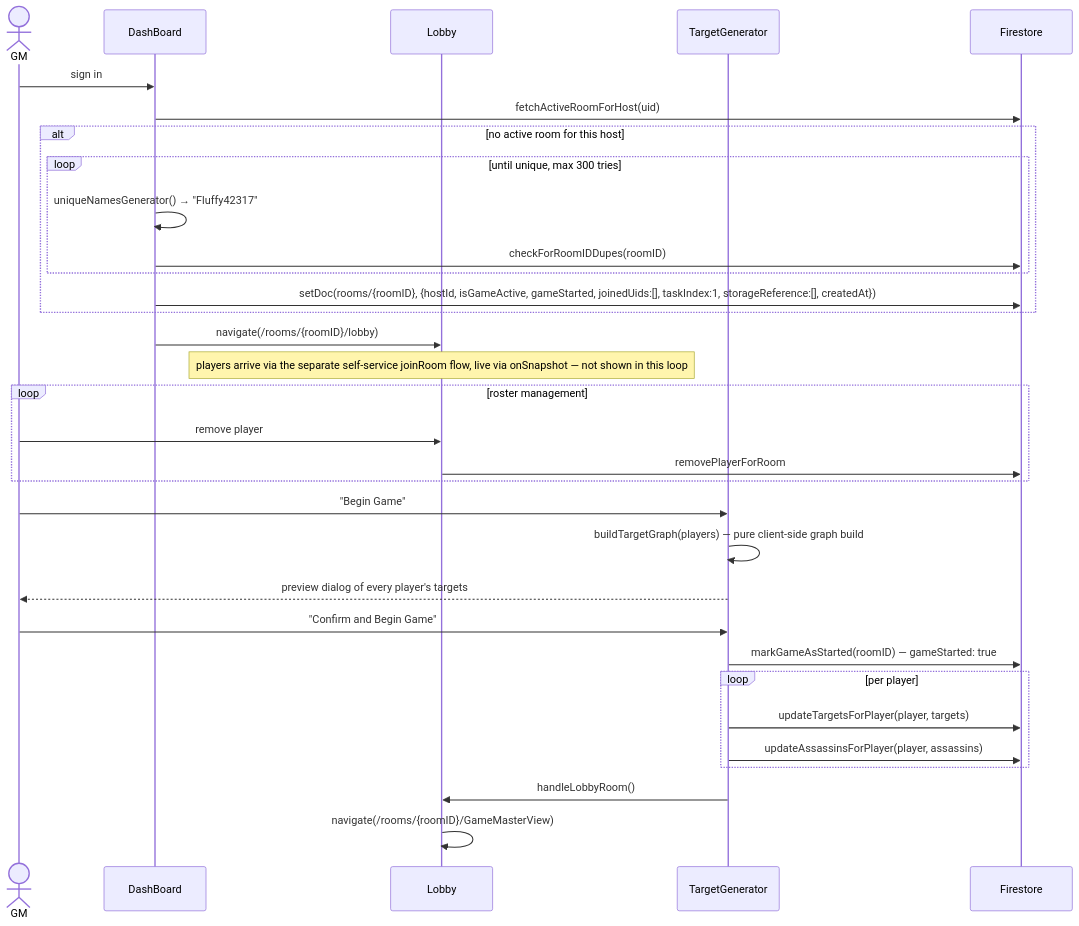
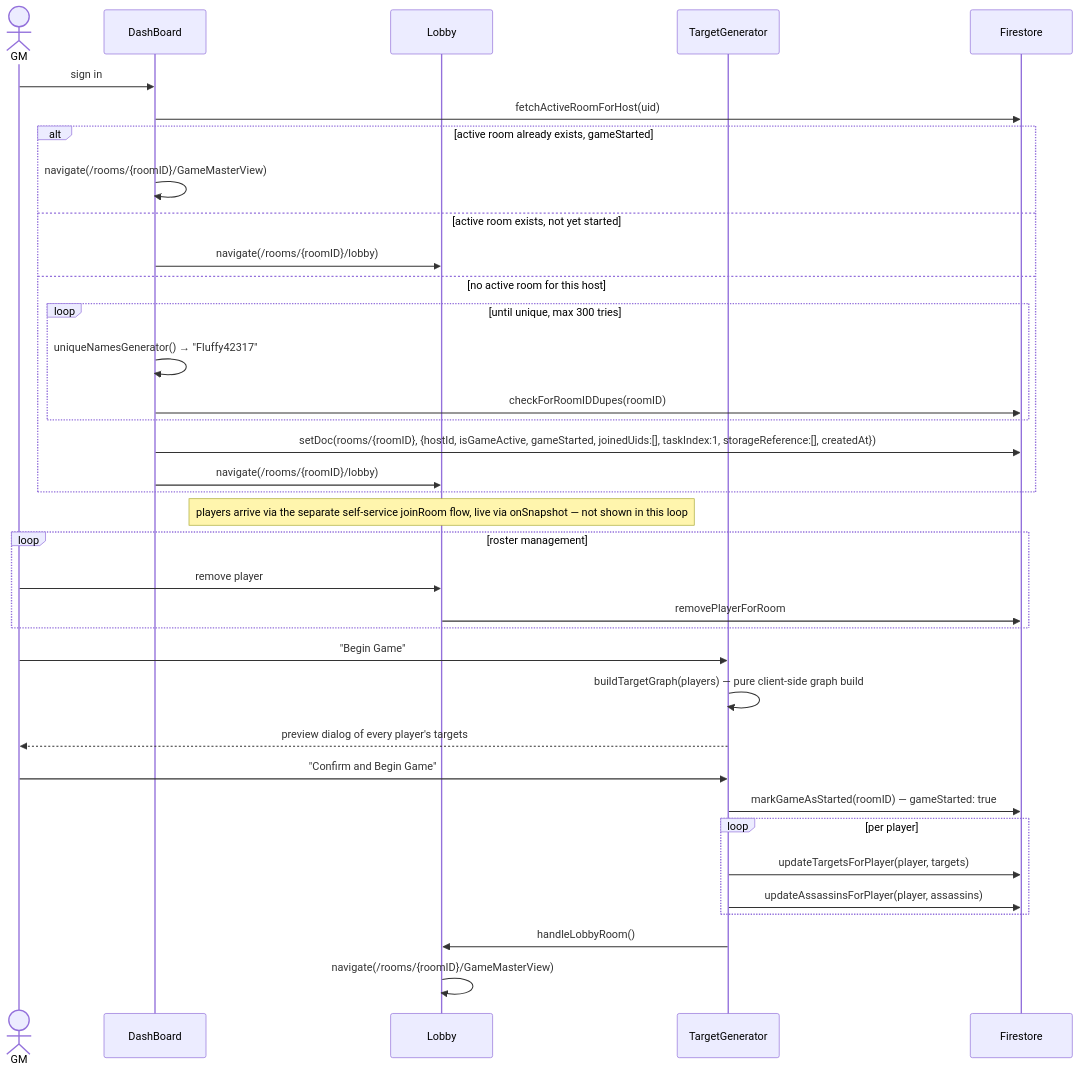
The first of 4 diagrams in docs/game-flows.md (allenthebosscoder/mall-mystery-heroes), drawn with Mermaid before and after one commit. The commit also changed other lines of this file and 3 other files, not shown here.

````diff
--- a/docs/game-flows.md
+++ b/docs/game-flows.md
@@ -11,37 +11,41 @@
 ```mermaid
 sequenceDiagram
     actor GM
     participant DB as DashBoard
     participant Lobby
     participant TG as TargetGenerator
     participant FS as Firestore
 
     GM->>DB: sign in
     DB->>FS: fetchActiveRoomForHost(uid)
-    alt no active room for this host
+    alt active room already exists, gameStarted
+        DB->>DB: navigate(/rooms/{roomID}/GameMasterView)
+    else active room exists, not yet started
+        DB->>Lobby: navigate(/rooms/{roomID}/lobby)
+    else no active room for this host
         loop until unique, max 300 tries
             DB->>DB: uniqueNamesGenerator() → "Fluffy42317"
             DB->>FS: checkForRoomIDDupes(roomID)
         end
         DB->>FS: setDoc(rooms/{roomID}, {hostId, isGameActive, gameStarted, joinedUids:[], taskIndex:1, storageReference:[], createdAt})
+        DB->>Lobby: navigate(/rooms/{roomID}/lobby)
     end
-    DB->>Lobby: navigate(/rooms/{roomID}/lobby)
 
     Note over Lobby: players arrive via the separate self-service joinRoom flow, live via onSnapshot — not shown in this loop
     loop roster management
         GM->>Lobby: remove player
         Lobby->>FS: removePlayerForRoom
     end
 
     GM->>TG: "Begin Game"
     TG->>TG: buildTargetGraph(players) — pure client-side graph build
     TG-->>GM: preview dialog of every player's targets
     GM->>TG: "Confirm and Begin Game"
     TG->>FS: markGameAsStarted(roomID) — gameStarted: true
     loop per player
         TG->>FS: updateTargetsForPlayer(player, targets)
         TG->>FS: updateAssassinsForPlayer(player, assassins)
     end
     TG->>Lobby: handleLobbyRoom()
     Lobby->>Lobby: navigate(/rooms/{roomID}/GameMasterView)
 ```
````
